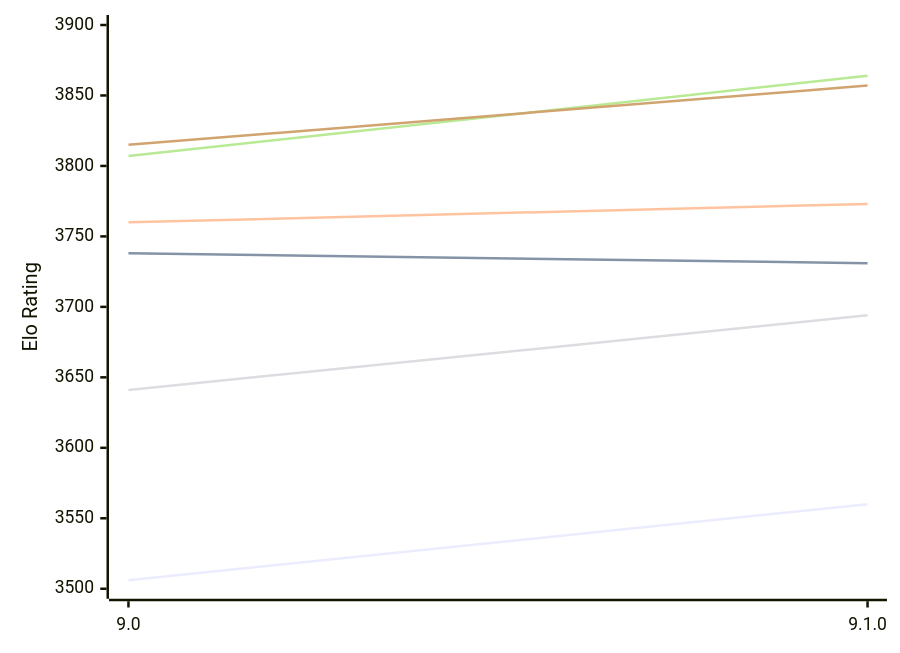
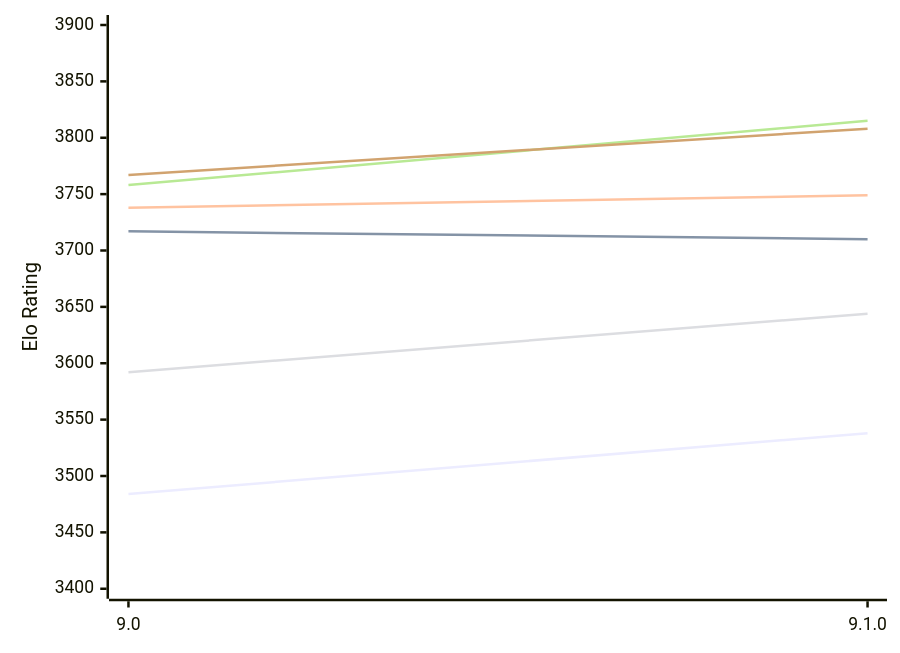
One commit to computer-chess-index/cci changed the first of 2 diagrams in engines/Alexandria.md. Above: the diagram before and after it, drawn with Mermaid. The commit also changed other lines of this file, not shown here.

Commit message:
Update CCI Ratings (ELO VLTC) - 2026-11-08

````diff
--- a/engines/Alexandria.md
+++ b/engines/Alexandria.md
@@ -54,12 +54,12 @@
 ```mermaid
 %%{init: {"theme":"base","themeVariables":{"seriesColors:['#a3a3a3','#222221','#faa371']}}}%%
 xychart-beta
   x-axis ["9.0", "9.1.0"]
-  y-axis "Elo Rating" 3500 --> 3900
-  line "E1: STC (8.0+0.08s)" [3506, 3560]
-  line "E1: LTC (60.0+0.60s)" [3738, 3731]
-  line "E1: VLTC (2m24s+1.12s)" [3760, 3773]
-  line "P1: STC (8.0+0.08s)" [3641, 3694]
-  line "P1: LTC (60.0+0.60s)" [3807, 3864]
-  line "P1: VLTC (2m24s+1.12s)" [3815, 3857]
+  y-axis "Elo Rating" 3400 --> 3900
+  line "E1: STC (8.0+0.08s)" [3484, 3538]
+  line "E1: LTC (60.0+0.60s)" [3717, 3710]
+  line "E1: VLTC (2m24s+1.12s)" [3738, 3749]
+  line "P1: STC (8.0+0.08s)" [3592, 3644]
+  line "P1: LTC (60.0+0.60s)" [3758, 3815]
+  line "P1: VLTC (2m24s+1.12s)" [3767, 3808]
 ```
````
